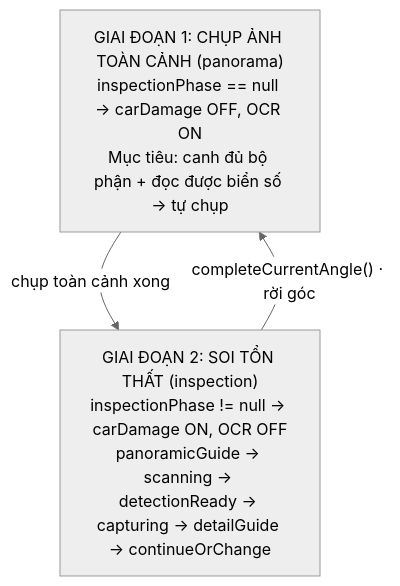
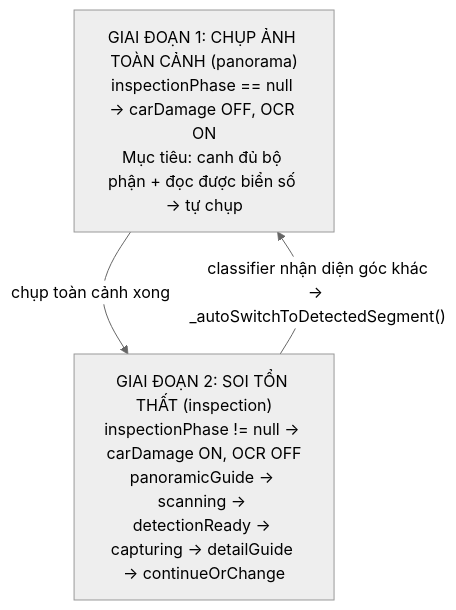
The third of 9 diagrams in CAMERA_CONTROLLER.md (Aicycle-Insurance/aicycle_on_device), drawn with Mermaid (neutral theme) before and after one commit. The commit also changed other lines of this file and 7 other files, not shown here.

Commit message:
feat: enhance camera inspection flow with automatic angle switching and improved tooltip messages

````diff
--- a/CAMERA_CONTROLLER.md
+++ b/CAMERA_CONTROLLER.md
@@ -82,7 +82,7 @@
 ```mermaid
 flowchart TD
     A["GIAI ĐOẠN 1: CHỤP ẢNH TOÀN CẢNH (panorama)<br/>inspectionPhase == null → carDamage OFF, OCR ON<br/>Mục tiêu: canh đủ bộ phận + đọc được biển số → tự chụp"]
     B["GIAI ĐOẠN 2: SOI TỔN THẤT (inspection)<br/>inspectionPhase != null → carDamage ON, OCR OFF<br/>panoramicGuide → scanning → detectionReady → capturing → detailGuide → continueOrChange"]
     A -->|"chụp toàn cảnh xong"| B
-    B -->|"completeCurrentAngle() · rời góc"| A
+    B -->|"classifier nhận diện góc khác<br/>→ _autoSwitchToDetectedSegment()"| A
 ```
````
